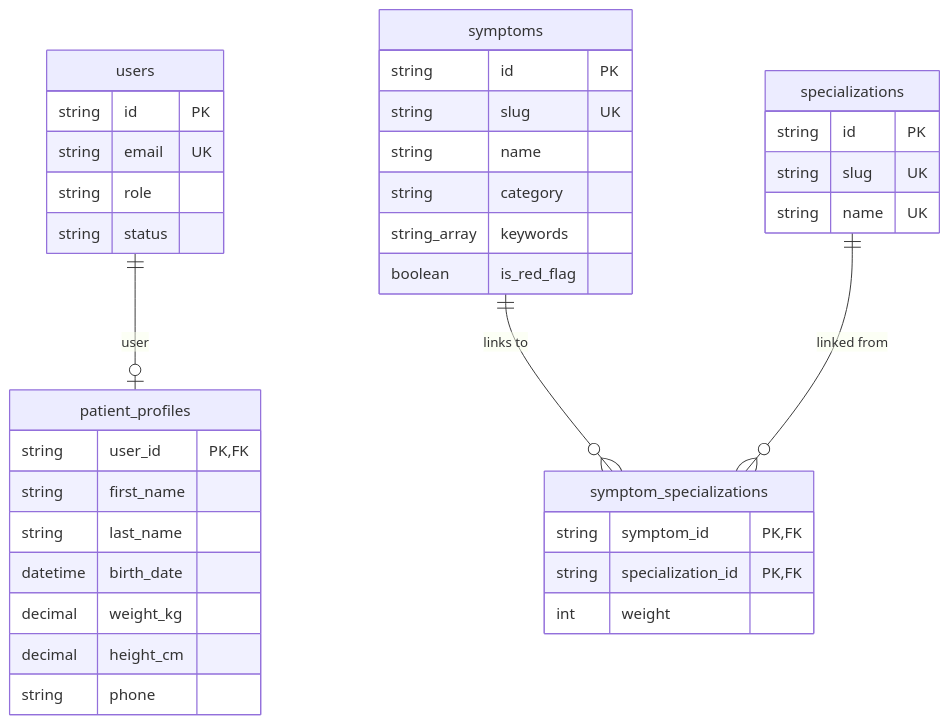
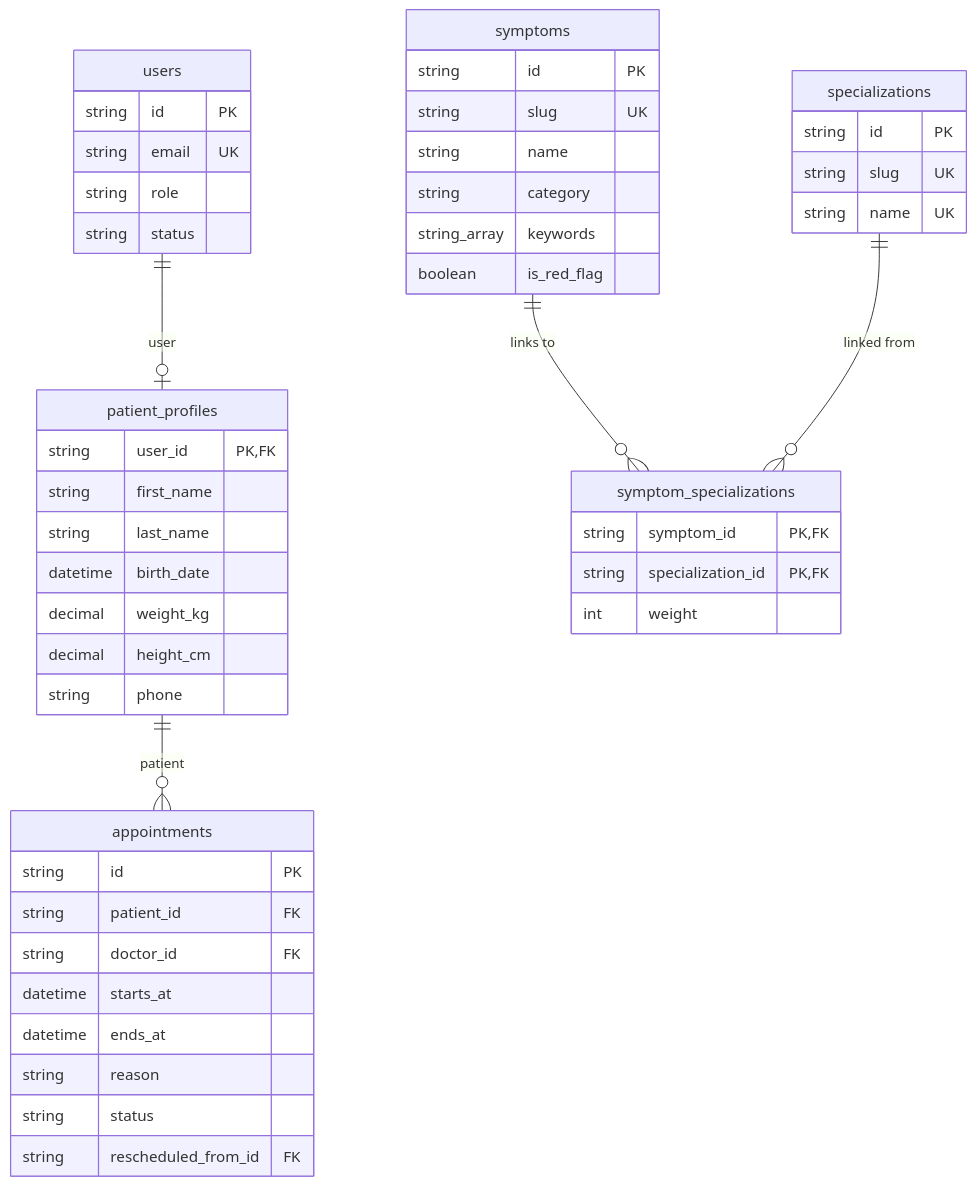
The third of 3 diagrams in docs/modules/patient.md (alhexjustine/telehealth), drawn with Mermaid before and after one commit. The commit also changed other lines of this file and 75 other files, not shown here.

````diff
--- a/docs/modules/patient.md
+++ b/docs/modules/patient.md
@@ -55,39 +129,50 @@
 ```mermaid
 erDiagram
   users {
     string id PK
     string email UK
     string role
     string status
   }
   patient_profiles {
     string user_id PK,FK
     string first_name
     string last_name
     datetime birth_date
     decimal weight_kg
     decimal height_cm
     string phone
   }
   symptoms {
     string id PK
     string slug UK
     string name
     string category
     string_array keywords
     boolean is_red_flag
   }
   symptom_specializations {
     string symptom_id PK,FK
     string specialization_id PK,FK
     int weight
   }
   specializations {
     string id PK
     string slug UK
     string name UK
   }
+  appointments {
+    string id PK
+    string patient_id FK
+    string doctor_id FK
+    datetime starts_at
+    datetime ends_at
+    string reason
+    string status
+    string rescheduled_from_id FK
+  }
   users ||--o| patient_profiles : "user"
   symptoms ||--o{ symptom_specializations : "links to"
   specializations ||--o{ symptom_specializations : "linked from"
+  patient_profiles ||--o{ appointments : "patient"
 ```
````
